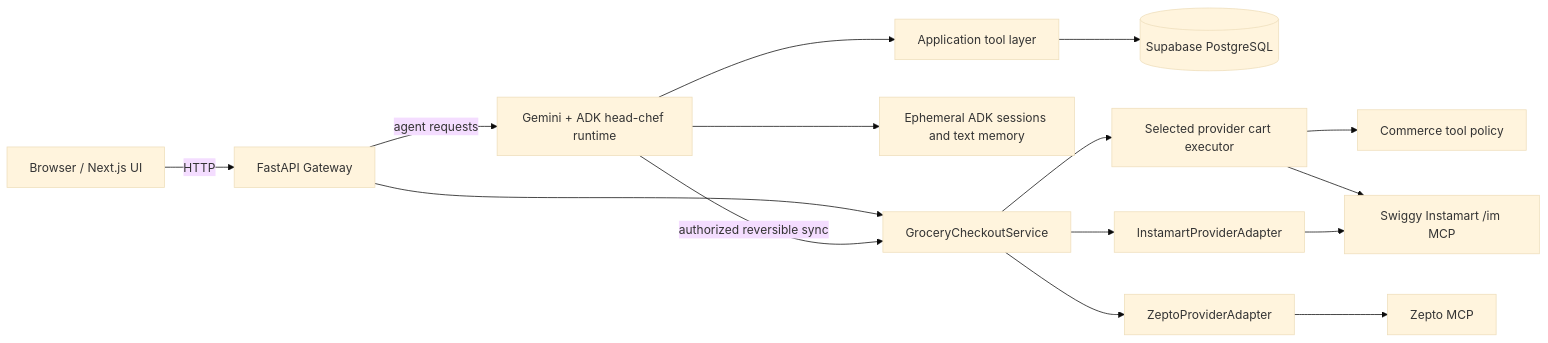
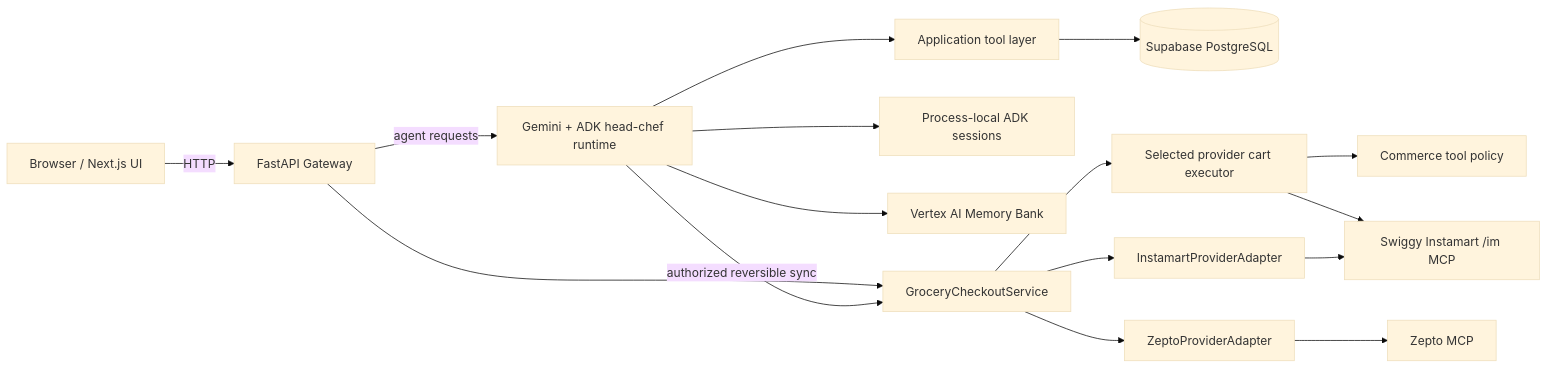
The first of 2 diagrams in docs/system_architecture.md (architworks/meal_and_grocery_agent), drawn with Mermaid (base theme) before and after one commit. The commit also changed other lines of this file and 23 other files, not shown here.

First line of the commit message:
feat(memory): migrate household preferences to Vertex AI Memory Bank

````diff
--- a/docs/system_architecture.md
+++ b/docs/system_architecture.md
@@ -31,18 +32,19 @@
 ```mermaid
 flowchart LR
     Browser[Browser / Next.js UI] -->|HTTP| API[FastAPI Gateway]
     API -->|agent requests| AgentRuntime[Gemini + ADK head-chef runtime]
     AgentRuntime --> Tools[Application tool layer]
     Tools --> Supabase[(Supabase PostgreSQL)]
-    AgentRuntime --> Memory[Ephemeral ADK sessions and text memory]
+    AgentRuntime --> Sessions[Process-local ADK sessions]
+    AgentRuntime --> Memory[Vertex AI Memory Bank]
 
     API --> Checkout[GroceryCheckoutService]
     AgentRuntime -->|authorized reversible sync| Checkout
     Checkout --> ProviderExecutor[Selected provider cart executor]
     ProviderExecutor --> ToolPolicy[Commerce tool policy]
     ProviderExecutor --> InstamartMCP[Swiggy Instamart /im MCP]
     Checkout --> ZeptoAdapter[ZeptoProviderAdapter]
     Checkout --> InstamartAdapter[InstamartProviderAdapter]
     ZeptoAdapter --> ZeptoMCP[Zepto MCP]
     InstamartAdapter --> InstamartMCP
 ```
````
